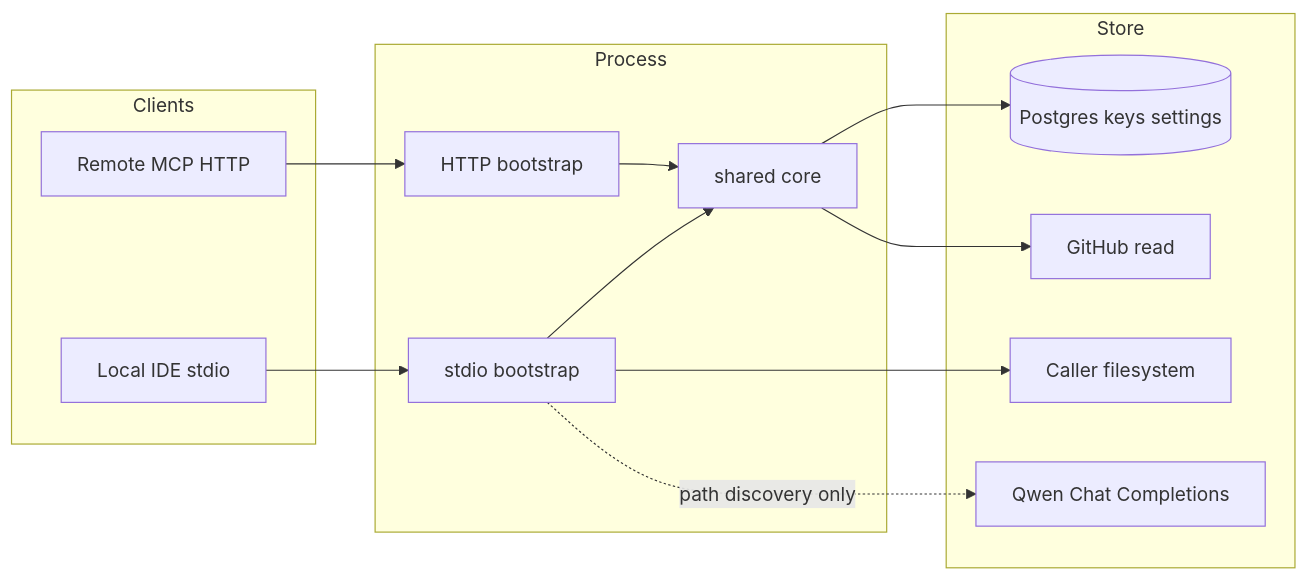
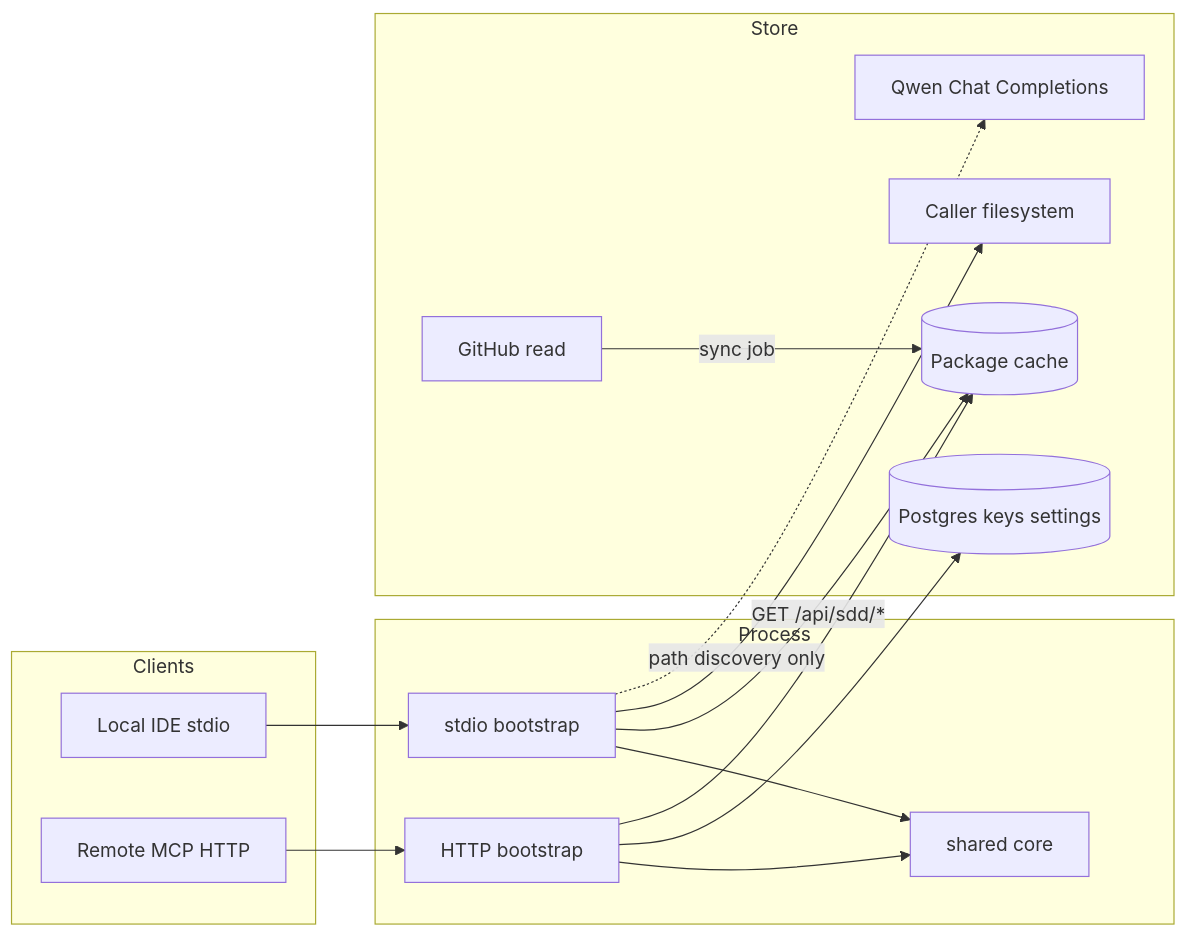
Before and after one commit to ethanhuangcst/workspace.framework.sdd.works: the first of 2 diagrams in specs/mcp/mcp-design.md, drawn with Mermaid. The commit also changed other lines of this file and 78 other files, not shown here.

````diff
--- a/specs/mcp/mcp-design.md
+++ b/specs/mcp/mcp-design.md
@@ -30,24 +30,27 @@
 ```mermaid
 flowchart LR
   subgraph Clients
     StdioHost[Local IDE stdio]
     HttpHost[Remote MCP HTTP]
   end
   subgraph Process
     Stdio[stdio bootstrap]
     Http[HTTP bootstrap]
     Core[shared core]
   end
   subgraph Store
     PG[(Postgres keys settings)]
+    Cache[(Package cache)]
     GH[GitHub read]
     FS[Caller filesystem]
     Qwen[Qwen Chat Completions]
   end
   StdioHost --> Stdio --> Core
   HttpHost --> Http --> Core
-  Core --> PG
-  Core --> GH
+  Http --> PG
+  Http --> Cache
+  GH -->|sync job| Cache
+  Stdio -->|GET /api/sdd/*| Cache
   Stdio --> FS
   Stdio -.->|path discovery only| Qwen
 ```
````
